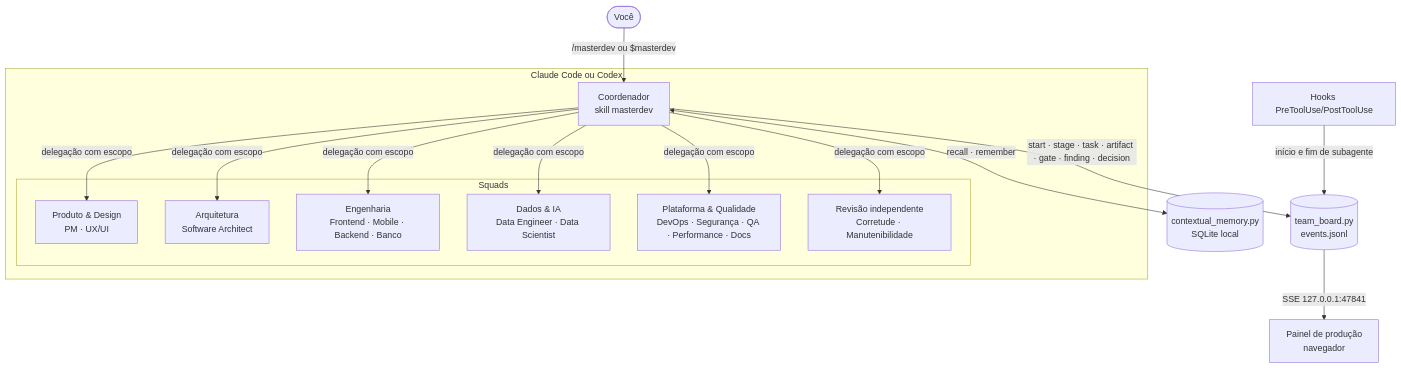
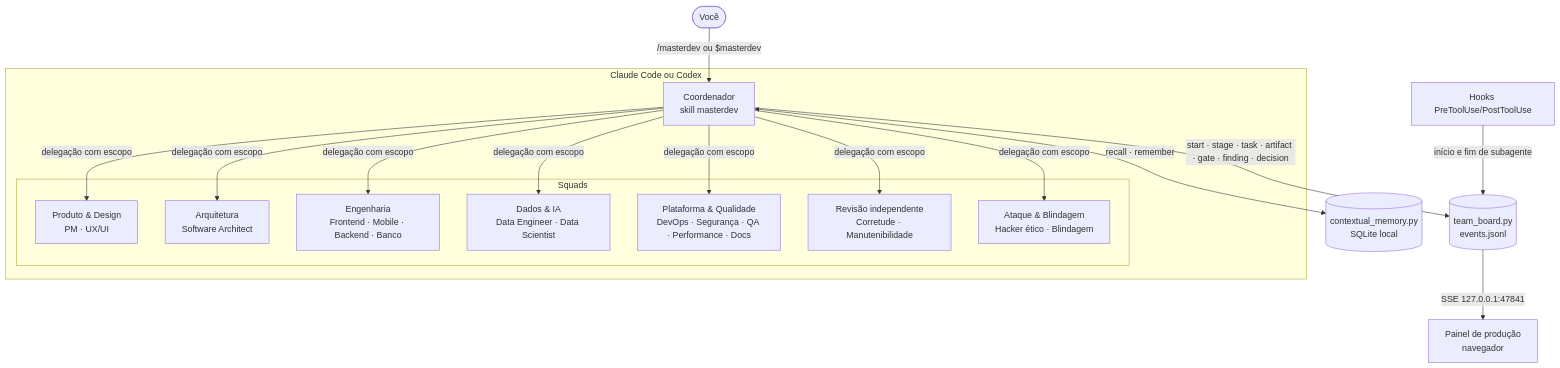
The first of 2 diagrams in docs/architecture.md (carlos-dataengineer/master-develops-software-app), drawn with Mermaid before and after one commit. The commit also changed other lines of this file and 43 other files, not shown here.

First line of the commit message:
feat: squad Ataque & Blindagem e etapa final de segurança (v1.1.0)

````diff
--- a/docs/architecture.md
+++ b/docs/architecture.md
@@ -5,20 +5,21 @@
 ```mermaid
 flowchart TB
   OP([Você]) -->|/masterdev ou $masterdev| CO
   subgraph Host[Claude Code ou Codex]
     CO[Coordenador<br/>skill masterdev]
     subgraph Squads
       PD[Produto & Design<br/>PM · UX/UI]
       AR[Arquitetura<br/>Software Architect]
       EN[Engenharia<br/>Frontend · Mobile · Backend · Banco]
       DI[Dados & IA<br/>Data Engineer · Data Scientist]
       PQ[Plataforma & Qualidade<br/>DevOps · Segurança · QA · Performance · Docs]
       RV[Revisão independente<br/>Corretude · Manutenibilidade]
+      AB[Ataque & Blindagem<br/>Hacker ético · Blindagem]
     end
-    CO -->|delegação com escopo| PD & AR & EN & DI & PQ & RV
+    CO -->|delegação com escopo| PD & AR & EN & DI & PQ & RV & AB
   end
   CO -->|start · stage · task · artifact · gate · finding · decision| TB[(team_board.py<br/>events.jsonl)]
   HK[Hooks PreToolUse/PostToolUse] -->|início e fim de subagente| TB
   TB -->|SSE 127.0.0.1:47841| PN[Painel de produção<br/>navegador]
   CO <-->|recall · remember| MEM[(contextual_memory.py<br/>SQLite local)]
 ```
````
